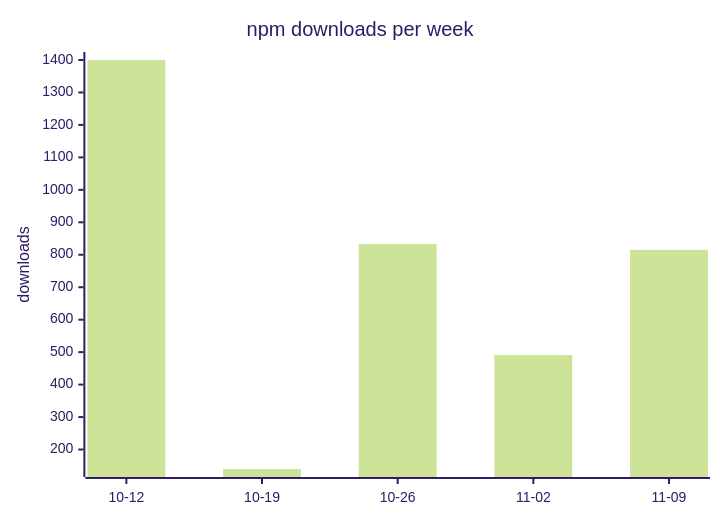
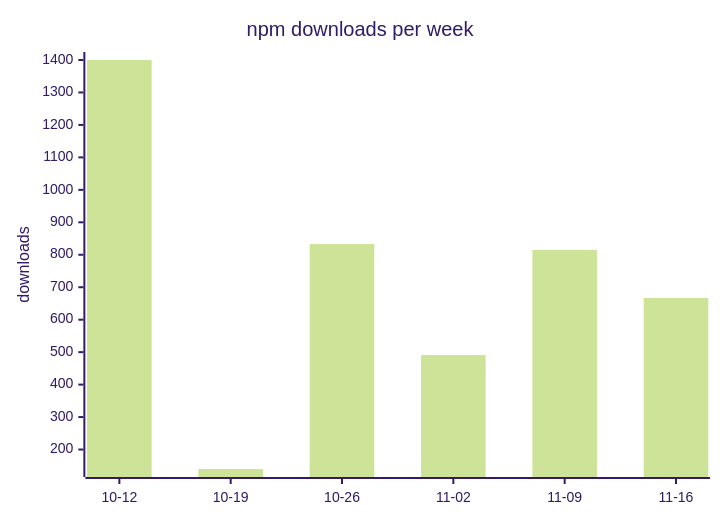
One commit to andredelgado/continente-mcp changed the first of 2 diagrams in README.md. Above: the diagram before and after it, drawn with Mermaid (forest theme). The commit also changed other lines of this file and 6 other files, not shown here.

````diff
--- a/README.md
+++ b/README.md
@@ -37,7 +37,7 @@
 ```mermaid
 xychart-beta
   title "npm downloads per week"
-  x-axis ["10-12", "10-19", "10-26", "11-02", "11-09"]
+  x-axis ["10-12", "10-19", "10-26", "11-02", "11-09", "11-16"]
   y-axis "downloads"
-  bar [1400, 140, 833, 491, 815]
+  bar [1400, 140, 833, 491, 815, 667]
 ```
````
